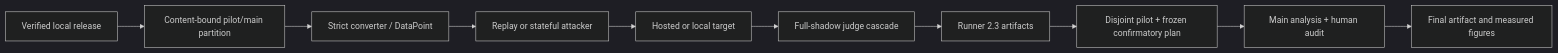
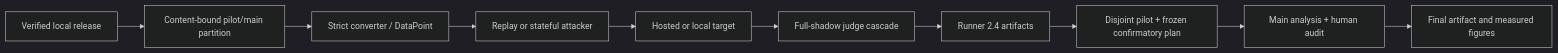
One commit to ctapnec/MLLMRiskBench changed the diagram in docs/ARCHITECTURE.md. Above: the diagram before and after it, drawn with Mermaid (dark theme). The commit also changed other lines of this file and 19 other files, not shown here.

````diff
--- a/docs/ARCHITECTURE.md
+++ b/docs/ARCHITECTURE.md
@@ -8,12 +8,12 @@
 ```mermaid
 flowchart LR
     S[Verified local release] --> P[Content-bound pilot/main partition]
     P --> C[Strict converter / DataPoint]
     C --> A[Replay or stateful attacker]
     A --> T[Hosted or local target]
     T --> J[Full-shadow judge cascade]
-    J --> R[Runner 2.3 artifacts]
+    J --> R[Runner 2.4 artifacts]
     R --> D[Disjoint pilot + frozen confirmatory plan]
     D --> H[Main analysis + human audit]
     H --> F[Final artifact and measured figures]
 ```
````
